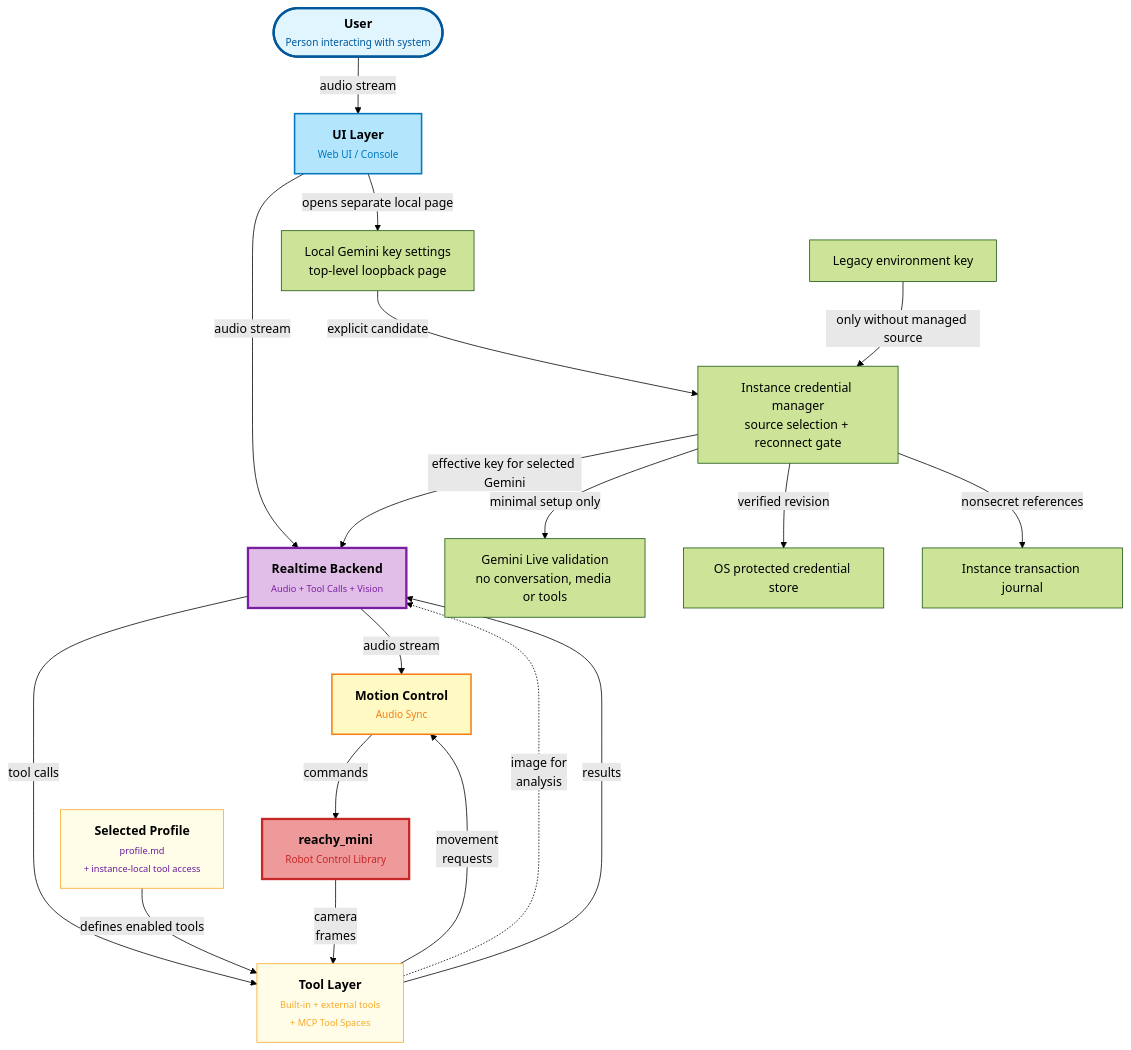
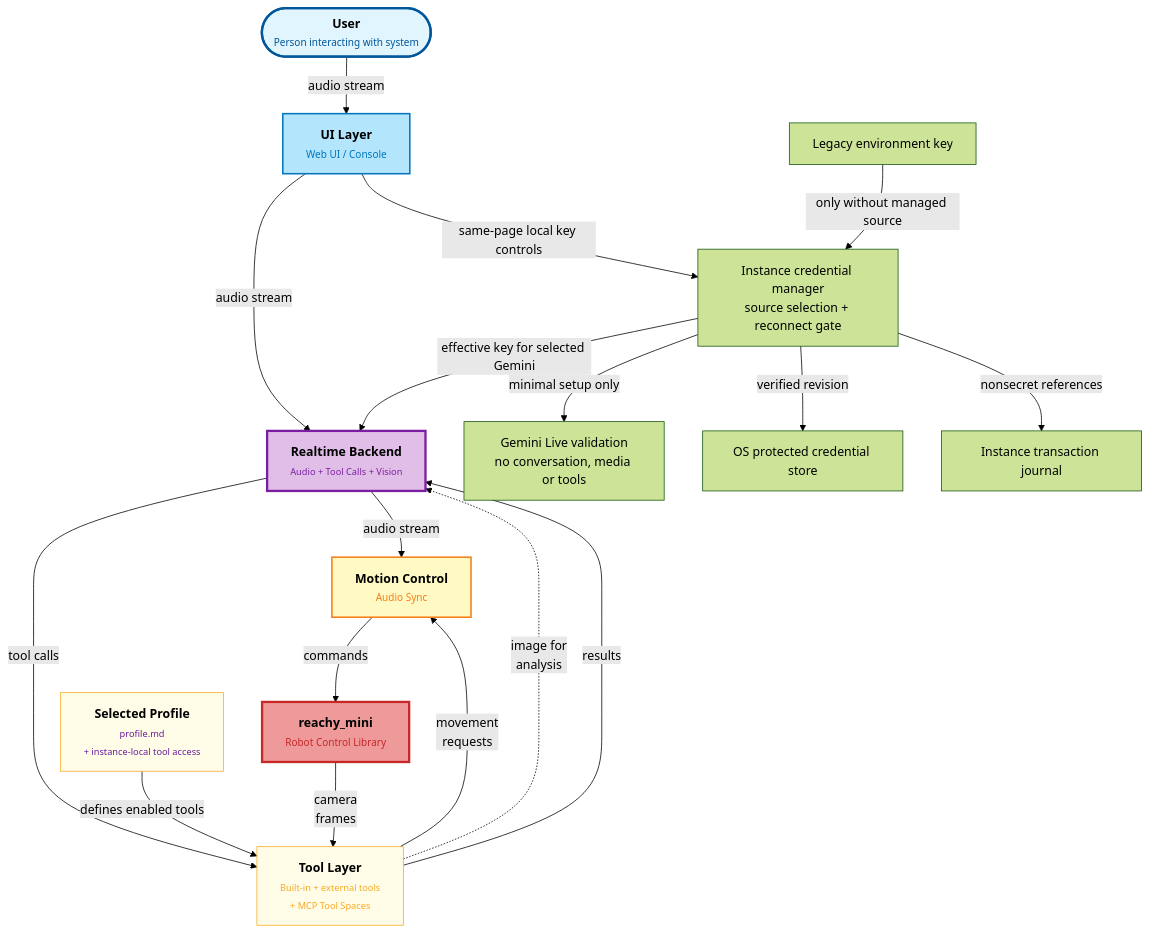
One commit to cavedutzushian/reachy_mini_conversation_app changed the diagram in docs/scheme.mmd. Above: the diagram before and after it, drawn with Mermaid (forest theme). The commit also changed 14 other files, not shown here.

```diff
--- a/docs/scheme.mmd
+++ b/docs/scheme.mmd
@@ -1,59 +1,58 @@
 ---
 config:
   layout: dagre
   flowchart:
     htmlLabels: true
 ---
 flowchart TB
     User(["<span style='font-size:16px;font-weight:bold;'>User</span><br><span style='font-size:13px;color:#01579b;'>Person interacting with system</span>"]) 
       -- audio stream --> 
     UI@{ label: "<span style='font-size:16px;font-weight:bold;'>UI Layer</span><br><span style='font-size:13px;color:#0277bd;'>Web UI / Console</span>" }
 
     UI -- audio stream --> 
     Backend@{ label: "<span style='font-size:16px;font-weight:bold;'>Realtime Backend</span><br><span style='font-size:12px; color:#7b1fa2;'>Audio + Tool Calls + Vision</span>" }
 
     Backend -- audio stream -->
     Motion@{ label: "<span style='font-size:16px;font-weight:bold;'>Motion Control</span><br><span style='font-size:13px;color:#f57f17;'>Audio Sync</span>" }
     
     Backend -- tool calls --> 
     Handlers@{ label: "<span style='font-size:16px;font-weight:bold;'>Tool Layer</span><br><span style='font-size:12px;color:#f9a825;'>Built-in + external tools<br/>+ MCP Tool Spaces</span>" }
 
     Profiles@{ label: "<span style='font-size:16px;font-weight:bold;'>Selected Profile</span><br><span style='font-size:12px;color:#6a1b9a;'>profile.md<br/>+ instance-local tool access</span>" }
 
     Profiles -- defines enabled tools --> Handlers
 
     Handlers -- movement 
     requests --> Motion
 
     Handlers -. image for
     analysis .-> Backend
 
     Robot@{ label: "<span style='font-size:16px;font-weight:bold;'>reachy_mini</span><br><span style='font-size:13px;color:#c62828;'>Robot Control Library</span>" }
     -- camera 
     frames --> Handlers
 
     Motion -- commands --> Robot
 
     Handlers -- results --> Backend
 
-    UI -- opens separate local page --> KeyPage["Local Gemini key settings<br/>top-level loopback page"]
-    KeyPage -- explicit candidate --> Credentials["Instance credential manager<br/>source selection + reconnect gate"]
+    UI -- same-page local key controls --> Credentials["Instance credential manager<br/>source selection + reconnect gate"]
     Credentials -- minimal setup only --> Validation["Gemini Live validation<br/>no conversation, media or tools"]
     Credentials -- verified revision --> Vault["OS protected credential store"]
     Credentials -- nonsecret references --> Journal["Instance transaction journal"]
     Environment["Legacy environment key"] -- only without managed source --> Credentials
     Credentials -- effective key for selected Gemini --> Backend
 
      User:::userStyle
      UI:::uiStyle
      Backend:::aiStyle
      Motion:::coreStyle
      Profiles:::toolStyle
      Handlers:::toolStyle
      Robot:::hardwareStyle
     classDef userStyle fill:#e1f5fe,stroke:#01579b,stroke-width:3px
     classDef uiStyle fill:#b3e5fc,stroke:#0277bd,stroke-width:2px
     classDef aiStyle fill:#e1bee7,stroke:#7b1fa2,stroke-width:3px
     classDef coreStyle fill:#fff9c4,stroke:#f57f17,stroke-width:2px
     classDef hardwareStyle fill:#ef9a9a,stroke:#c62828,stroke-width:3px
     classDef toolStyle fill:#fffde7,stroke:#f9a825,stroke-width:1px
```
